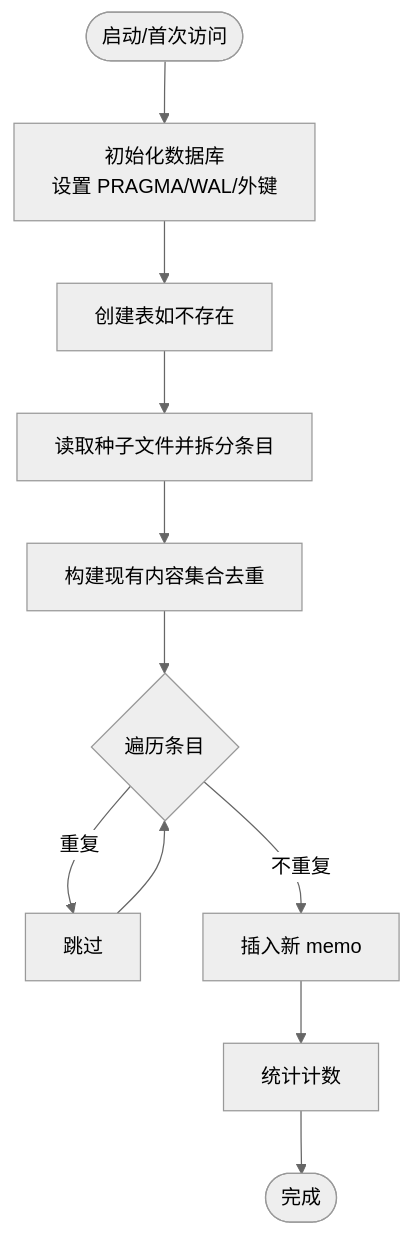
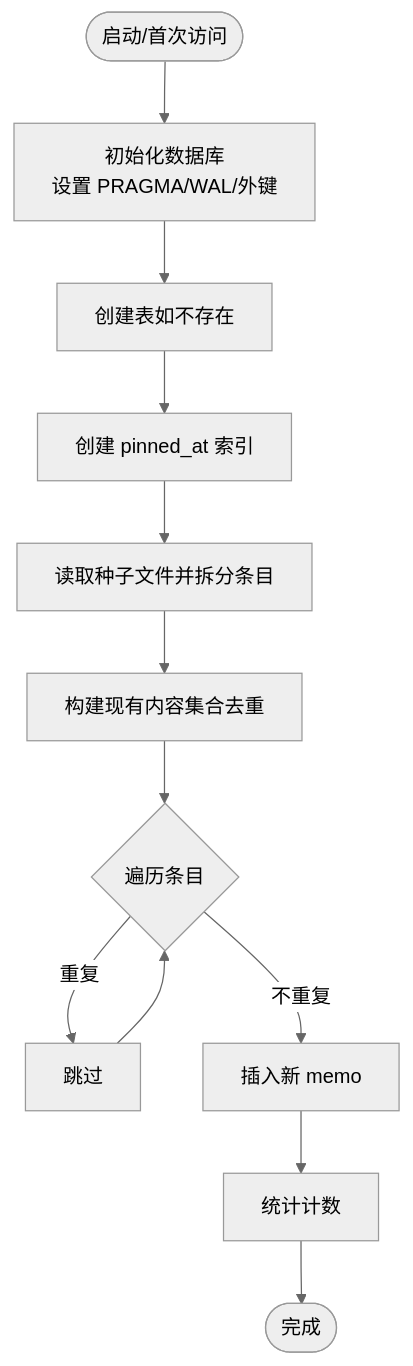
Before and after one commit to BlackBoxRecorder/memos: the fourth of 8 diagrams in .qoder/repowiki/zh/content/数据库设计.md, drawn with Mermaid (neutral theme). The commit also changed other lines of this file and 10 other files, not shown here.

````diff
--- a/.qoder/repowiki/zh/content/数据库设计.md
+++ b/.qoder/repowiki/zh/content/数据库设计.md
@@ -222,13 +246,14 @@
 ```mermaid
 flowchart TD
 Start(["启动/首次访问"]) --> Init["初始化数据库<br/>设置 PRAGMA/WAL/外键"]
 Init --> CreateTables["创建表如不存在"]
-CreateTables --> Seed["读取种子文件并拆分条目"]
+CreateTables --> CreateIndex["创建 pinned_at 索引"]
+CreateIndex --> Seed["读取种子文件并拆分条目"]
 Seed --> Dedup["构建现有内容集合去重"]
 Dedup --> Loop{"遍历条目"}
 Loop --> |重复| Skip["跳过"]
 Loop --> |不重复| Insert["插入新 memo"]
 Insert --> Stats["统计计数"]
 Skip --> Loop
 Stats --> Done(["完成"])
 ```
````
